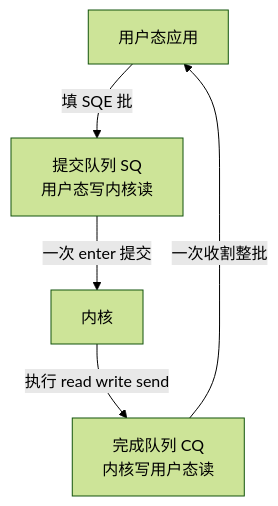
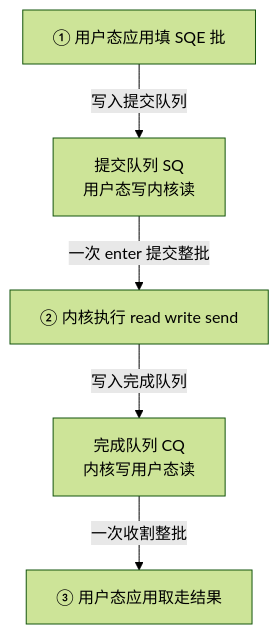
The diagram in vault/工程知识/性能工程：从用户等待到资源瓶颈/操作系统与运行时/io_uring与异步IO演进：系统调用省下的开销.md (hub138/technical-knowledge), drawn with Mermaid (forest theme) before and after one commit. The commit also changed 10 other files, not shown here.

Commit message:
为十二篇文章配图：零拷贝与 SSD 用现成图，其余十篇自绘

````diff
--- a/vault/工程知识/性能工程：从用户等待到资源瓶颈/操作系统与运行时/io_uring与异步IO演进：系统调用省下的开销.md
+++ b/vault/工程知识/性能工程：从用户等待到资源瓶颈/操作系统与运行时/io_uring与异步IO演进：系统调用省下的开销.md
@@ -39,7 +39,7 @@
 ```mermaid
 graph TD
-    U["用户态应用"] -->|"填 SQE 批"| SQ["提交队列 SQ<br/>用户态写内核读"]
-    SQ -->|"一次 enter 提交"| K["内核"]
-    K -->|"执行 read write send"| CQ["完成队列 CQ<br/>内核写用户态读"]
-    CQ -->|"一次收割整批"| U
+    U["① 用户态应用填 SQE 批"] -->|"写入提交队列"| SQ["提交队列 SQ<br/>用户态写内核读"]
+    SQ -->|"一次 enter 提交整批"| K["② 内核执行 read write send"]
+    K -->|"写入完成队列"| CQ["完成队列 CQ<br/>内核写用户态读"]
+    CQ -->|"一次收割整批"| U2["③ 用户态应用取走结果"]
 ```
````
